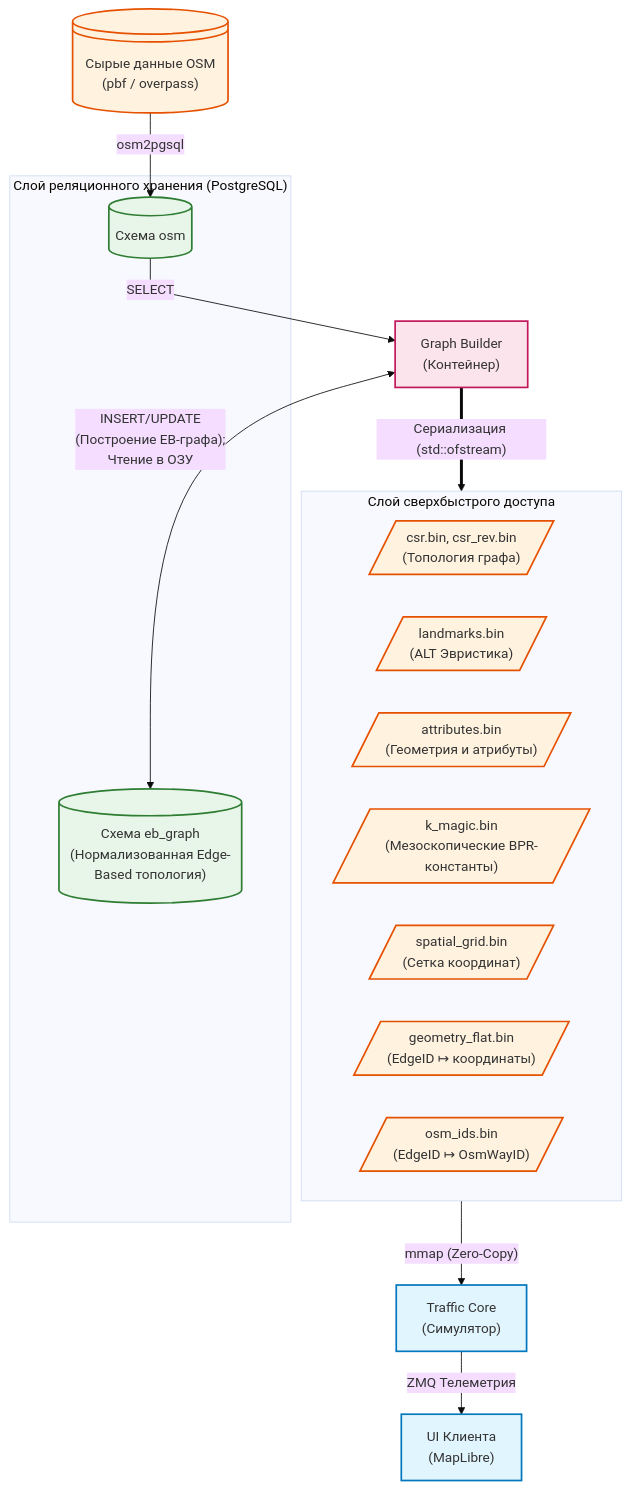
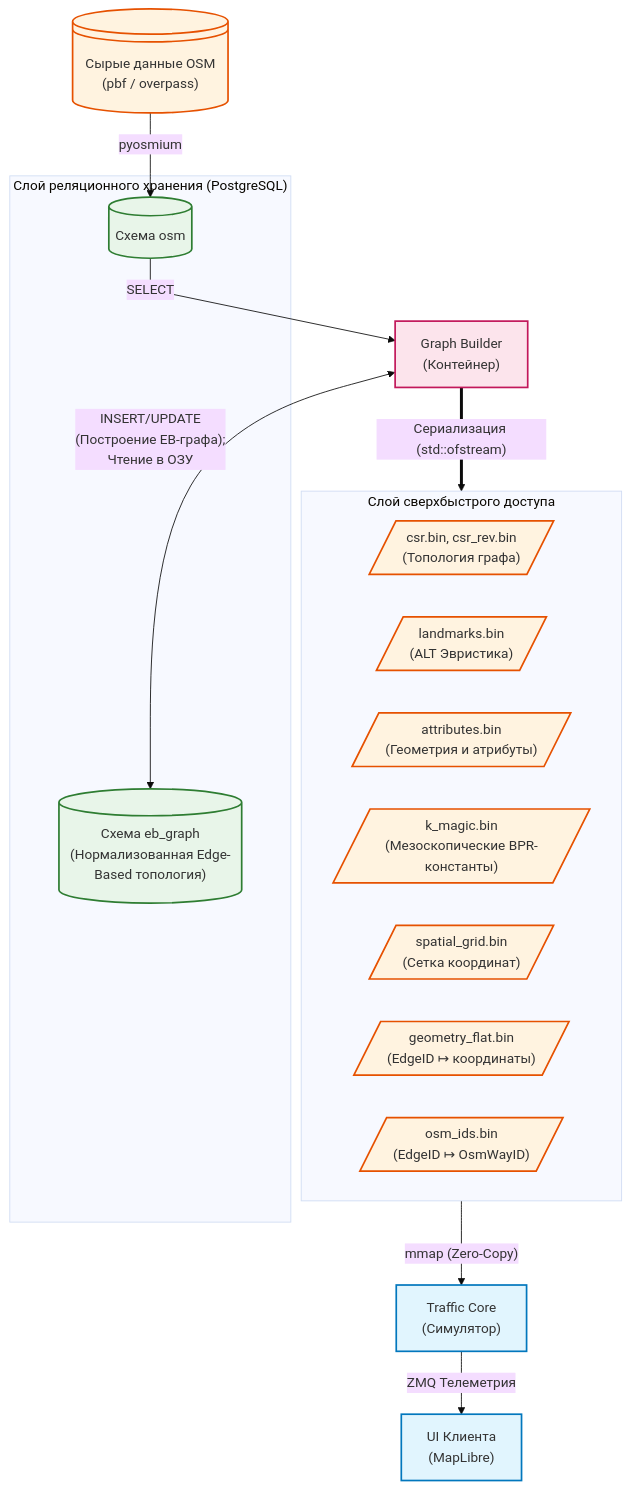
The diagram in assets/diagrams/03-graph-builder.mmd (L1CH7/magistracy-diplom-iu12-docs), drawn with Mermaid (base theme) before and after one commit. The commit also changed 5 other files, not shown here.

```diff
--- a/assets/diagrams/03-graph-builder.mmd
+++ b/assets/diagrams/03-graph-builder.mmd
@@ -1,48 +1,48 @@
 ---
 config:
   layout: fixed
 ---
 flowchart TB
  subgraph Storage["Слой реляционного хранения (PostgreSQL)"]
         SchemaOSM["Схема osm"]
         SchemaGraph["Схема eb_graph<br>(Нормализованная Edge-Based топология)"]
   end
  subgraph MemStorage["Слой сверхбыстрого доступа"]
     direction LR
         BinCSR[/"csr.bin, csr_rev.bin<br>(Топология графа)"/]
         BinLM[/"landmarks.bin<br>(ALT Эвристика)"/]
         BinAttr[/"attributes.bin<br>(Геометрия и атрибуты)"/]
         BinMagic[/"k_magic.bin<br>(Мезоскопические BPR-константы)"/]
         BinGrid[/"spatial_grid.bin<br>(Сетка координат)"/]
         BinGeom[/"geometry_flat.bin<br>(EdgeID ↦ координаты)"/]
         BinIds[/"osm_ids.bin<br>(EdgeID ↦ OsmWayID)"/]
   end
-    OSM["Сырые данные OSM<br>(pbf / overpass)"] -- osm2pgsql --> SchemaOSM
+    OSM["Сырые данные OSM<br>(pbf / overpass)"] -- pyosmium --> SchemaOSM
     MemStorage -- "mmap (Zero-Copy)" --> TrafficCore["Traffic Core<br>(Симулятор)"]
     TrafficCore -- ZMQ Телеметрия --> ClientUI["UI Клиента<br>(MapLibre)"]
     SchemaOSM L_SchemaOSM_BuilderContainer_0@-- SELECT --> BuilderContainer["Graph Builder<br>(Контейнер)"]
     BuilderContainer == "Сериализация (std::ofstream)" ==> MemStorage
     BuilderContainer <-- "INSERT/UPDATE<br>(Построение EB-графа);<br>Чтение в ОЗУ" --> SchemaGraph
 
     SchemaOSM@{ shape: cyl}
     SchemaGraph@{ shape: cyl}
     OSM@{ shape: disk}
      SchemaOSM:::db
      SchemaGraph:::db
      BinCSR:::data
      BinLM:::data
      BinAttr:::data
      BinMagic:::data
      BinGrid:::data
      BinGeom:::data
      BinIds:::data
      OSM:::data
      TrafficCore:::process
      ClientUI:::process
      BuilderContainer:::builder
     classDef data fill:#fff3e0,stroke:#e65100,stroke-width:2px
     classDef db fill:#e8f5e9,stroke:#2e7d32,stroke-width:2px
     classDef process fill:#e1f5fe,stroke:#0277bd,stroke-width:2px
     classDef builder fill:#fce4ec,stroke:#c2185b,stroke-width:2px
 
     L_SchemaOSM_BuilderContainer_0@{ curve: linear }
```
